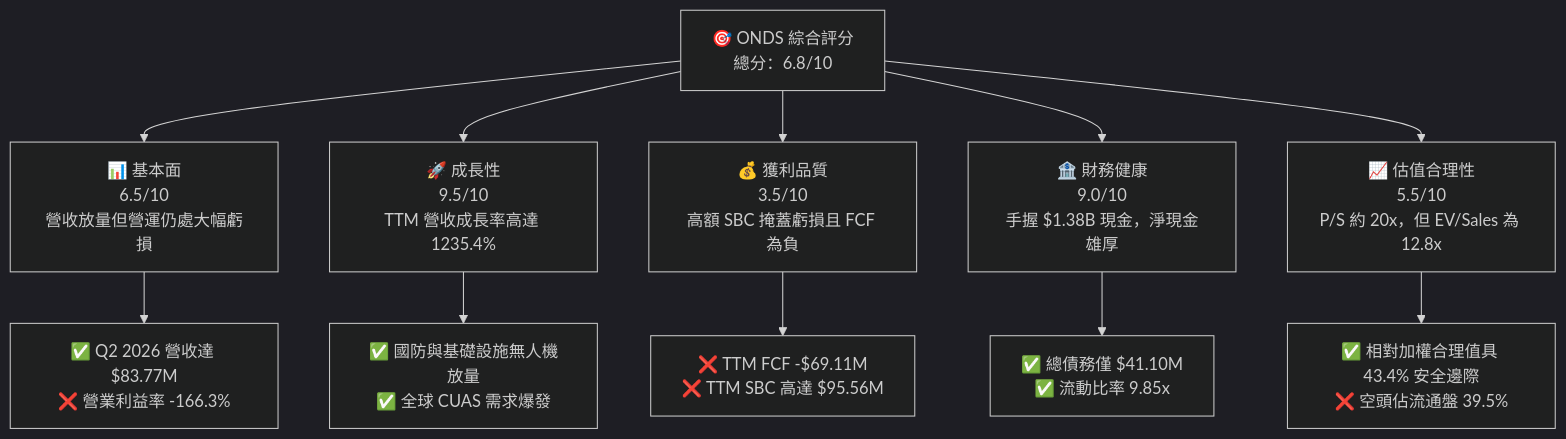
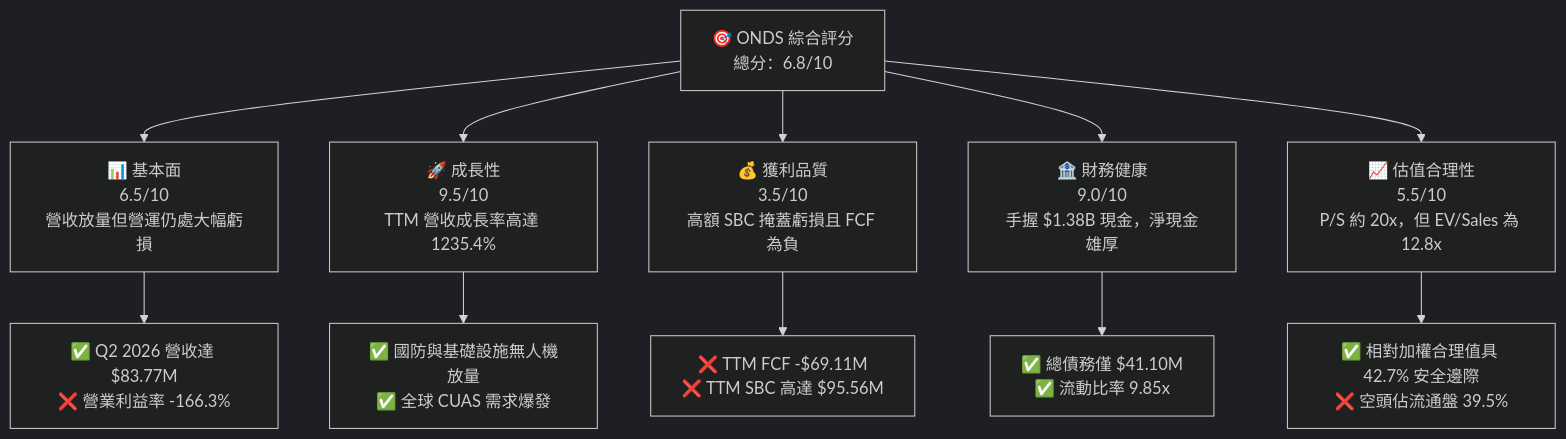
The first of 15 diagrams in ai_gen_report/fundamental/onds/fundamental_analysis_2026-10-22_gemini.md (yennanliu/finance_data), drawn with Mermaid (dark theme) before and after one commit. The commit also changed other lines of this file and 339 other files, not shown here.

````diff
--- a/ai_gen_report/fundamental/onds/fundamental_analysis_2026-10-22_gemini.md
+++ b/ai_gen_report/fundamental/onds/fundamental_analysis_2026-10-22_gemini.md
@@ -62,22 +69,22 @@
 ```mermaid
 graph TD
     TICKER["🎯 ONDS 綜合評分<br/>總分：6.8/10"]
 
     F["📊 基本面<br/>6.5/10<br/>營收放量但營運仍處大幅虧損"]
     G["🚀 成長性<br/>9.5/10<br/>TTM 營收成長率高達 1235.4%"]
     P["💰 獲利品質<br/>3.5/10<br/>高額 SBC 掩蓋虧損且 FCF 為負"]
     B["🏦 財務健康<br/>9.0/10<br/>手握 $1.38B 現金，淨現金雄厚"]
     V["📈 估值合理性<br/>5.5/10<br/>P/S 約 20x，但 EV/Sales 為 12.8x"]
 
     TICKER --> F
     TICKER --> G
     TICKER --> P
     TICKER --> B
     TICKER --> V
 
     F --> F1["✅ Q2 2026 營收達 $83.77M<br/>❌ 營業利益率 -166.3%"]
     G --> G1["✅ 國防與基礎設施無人機放量<br/>✅ 全球 CUAS 需求爆發"]
     P --> P1["❌ TTM FCF -$69.11M<br/>❌ TTM SBC 高達 $95.56M"]
     B --> B1["✅ 總債務僅 $41.10M<br/>✅ 流動比率 9.85x"]
-    V --> V1["✅ 相對加權合理值具 43.4% 安全邊際<br/>❌ 空頭佔流通盤 39.5%"]
+    V --> V1["✅ 相對加權合理值具 42.7% 安全邊際<br/>❌ 空頭佔流通盤 39.5%"]
 ```
````
